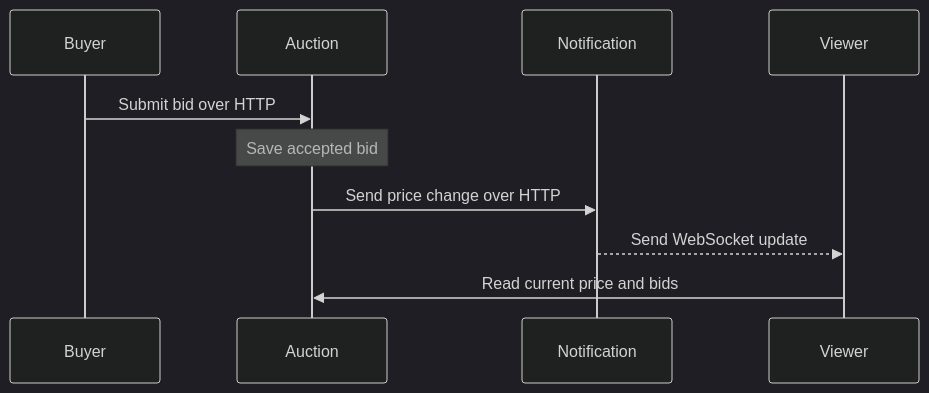
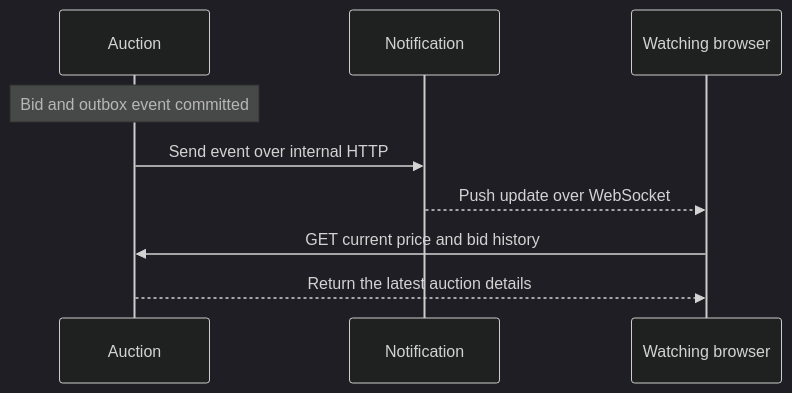
Before and after one commit to TFY800/P5project: the second of 2 diagrams in presentation/01-01/presentation.md, drawn with Mermaid (dark theme). The commit also changed other lines of this file and 2 other files, not shown here.

Commit message:
Present SecondRound architecture and bidding flow

````diff
--- a/presentation/01-01/presentation.md
+++ b/presentation/01-01/presentation.md
@@ -49,12 +98,11 @@
 ```mermaid
 sequenceDiagram
-    participant B as Buyer
     participant A as Auction
     participant N as Notification
-    participant V as Viewer
-    B->>A: Submit bid over HTTP
-    Note over A: Save accepted bid
-    A->>N: Send price change over HTTP
-    N-->>V: Send WebSocket update
-    V->>A: Read current price and bids
+    participant V as Watching browser
+    Note over A: Bid and outbox event committed
+    A->>N: Send event over internal HTTP
+    N-->>V: Push update over WebSocket
+    V->>A: GET current price and bid history
+    A-->>V: Return the latest auction details
 ```
````
